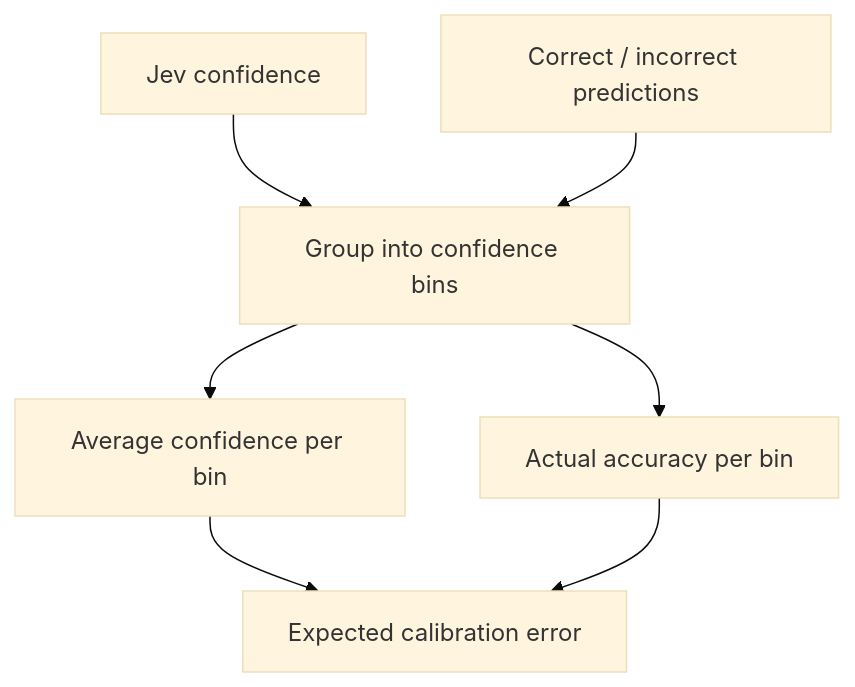
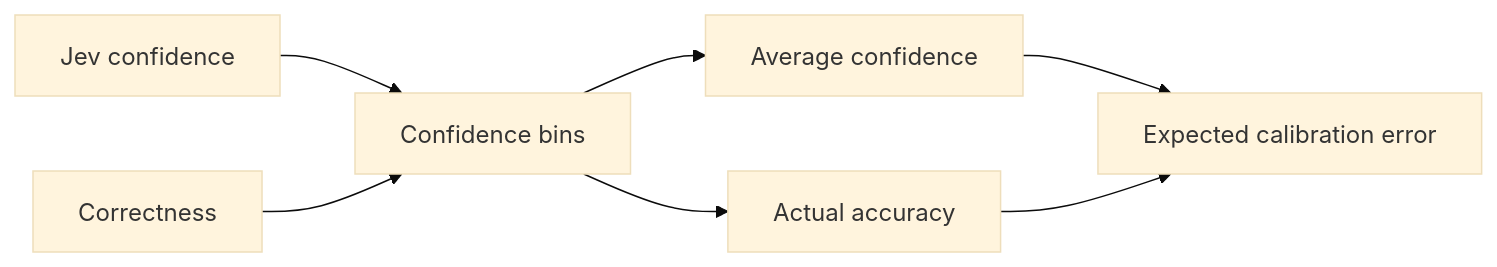
Before and after one commit to mallelamanojkumar90/JevTicket: the eighth of 9 diagrams in README.md, drawn with Mermaid (base theme). The commit also changed other lines of this file, not shown here.

Commit message:
Make README flow-focused

````diff
--- a/README.md
+++ b/README.md
@@ -205,9 +224,9 @@
 ```mermaid
-flowchart TD
-    A[Jev confidence] --> B[Group into confidence bins]
-    C[Correct / incorrect predictions] --> B
-    B --> D[Average confidence per bin]
-    B --> E[Actual accuracy per bin]
+flowchart LR
+    A[Jev confidence] --> B[Confidence bins]
+    C[Correctness] --> B
+    B --> D[Average confidence]
+    B --> E[Actual accuracy]
     D --> F[Expected calibration error]
     E --> F
 ```
````
